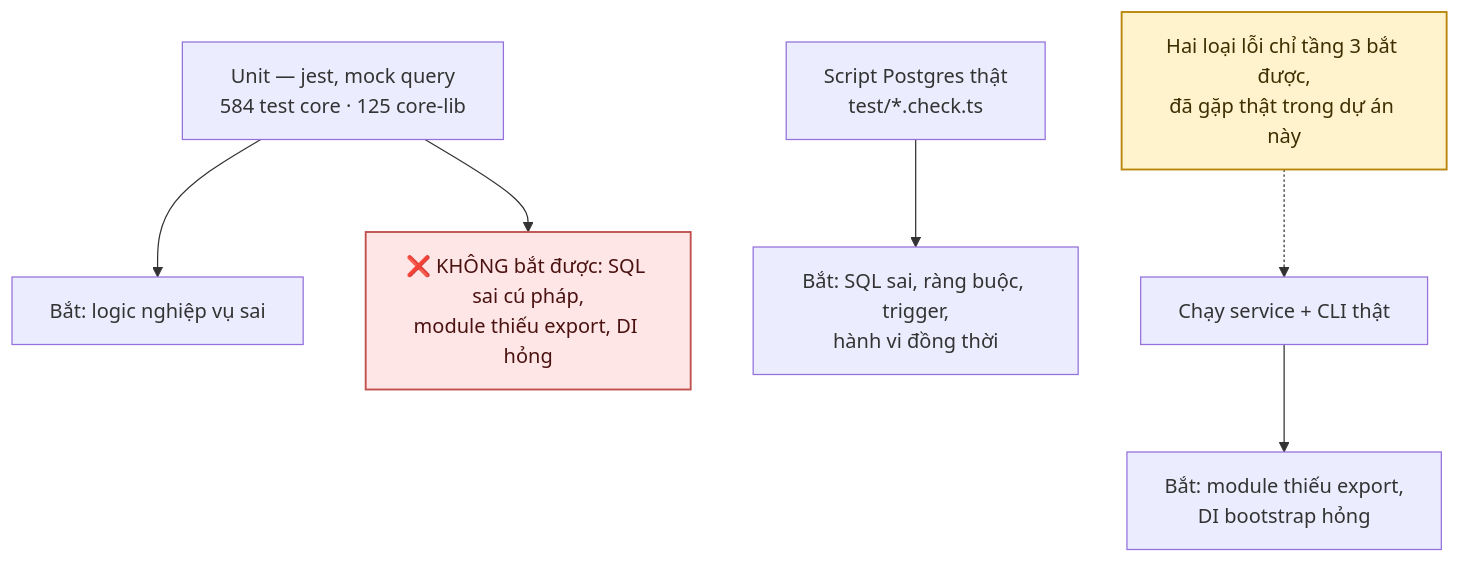
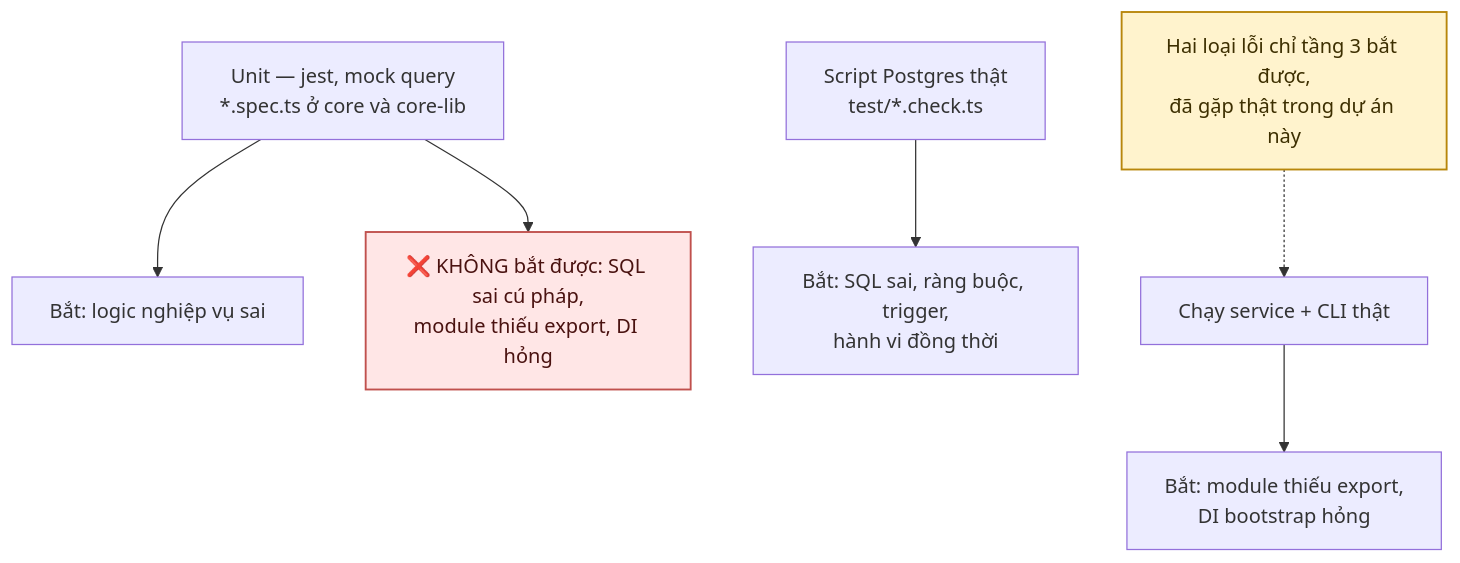
One commit to fdshn/trueheart changed the sixth of 6 diagrams in docs/diagram/28-architecture.md. Above: the diagram before and after it, drawn with Mermaid. The commit also changed other lines of this file and 49 other files, not shown here.

````diff
--- a/docs/diagram/28-architecture.md
+++ b/docs/diagram/28-architecture.md
@@ -117,14 +117,14 @@
 ```mermaid
 flowchart TD
-    A["Unit — jest, mock query<br/>584 test core · 125 core-lib"] --> A1["Bắt: logic nghiệp vụ sai"]
+    A["Unit — jest, mock query<br/>*.spec.ts ở core và core-lib"] --> A1["Bắt: logic nghiệp vụ sai"]
     A --> A2["❌ KHÔNG bắt được: SQL sai cú pháp,<br/>module thiếu export, DI hỏng"]
 
     B["Script Postgres thật<br/>test/*.check.ts"] --> B1["Bắt: SQL sai, ràng buộc, trigger,<br/>hành vi đồng thời"]
 
     C["Chạy service + CLI thật"] --> C1["Bắt: module thiếu export,<br/>DI bootstrap hỏng"]
 
     D["Hai loại lỗi chỉ tầng 3 bắt được,<br/>đã gặp thật trong dự án này"] -.-> C
 
     style A2 fill:#ffe6e6,stroke:#c0504d,stroke-width:1.5px,color:#4a1210
     style D fill:#fff3cd,stroke:#b8860b,stroke-width:1.5px,color:#3d2f00
 ```
````
